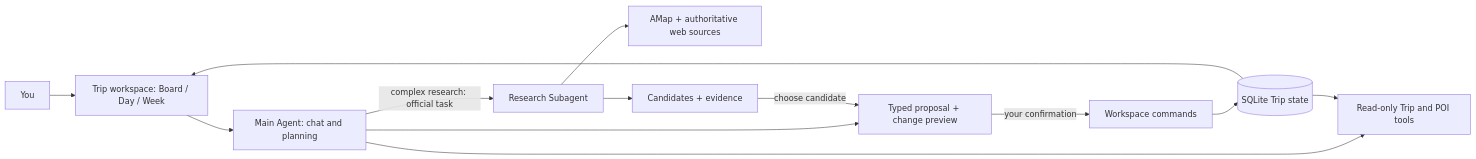
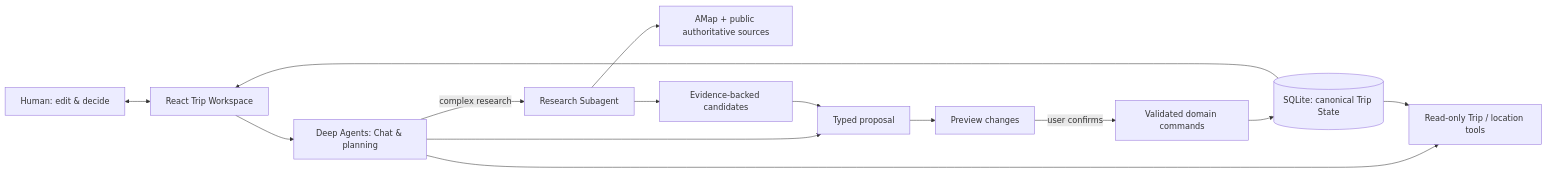
The diagram in README.md (Yiping-Nash/BrandonTravel), drawn with Mermaid before and after one commit. The commit also changed other lines of this file and 40 other files, not shown here.

Commit message:
Prepare Portfolio 1.0 READMEs, MIT licensing and public demo evidence

````diff
--- a/README.md
+++ b/README.md
@@ -39,15 +49,16 @@
 ```mermaid
 flowchart LR
-    User[You] --> UI[Trip workspace: Board / Day / Week]
-    UI --> Main[Main Agent: chat and planning]
-    Main -->|complex research: official task| Research[Research Subagent]
-    Main --> Read[Read-only Trip and POI tools]
-    Research --> Sources[AMap + authoritative web sources]
-    Main --> Proposal[Typed proposal + change preview]
-    Research --> Result[Candidates + evidence]
-    Result -->|choose candidate| Proposal
-    Proposal -->|your confirmation| Domain[Workspace commands]
-    Domain --> DB[(SQLite Trip state)]
+    Human[Human: edit & decide] <--> UI[React Trip Workspace]
+    UI --> Main[Deep Agents: Chat & planning]
+    Main -->|complex research| Research[Research Subagent]
+    Main --> Read[Read-only Trip / location tools]
+    Research --> Sources[AMap + public authoritative sources]
+    Research --> Evidence[Evidence-backed candidates]
+    Main --> Proposal[Typed proposal]
+    Evidence --> Proposal
+    Proposal --> Diff[Preview changes]
+    Diff -->|user confirms| Domain[Validated domain commands]
+    Domain --> DB[(SQLite: canonical Trip State)]
     DB --> UI
     DB --> Read
 ```
````
